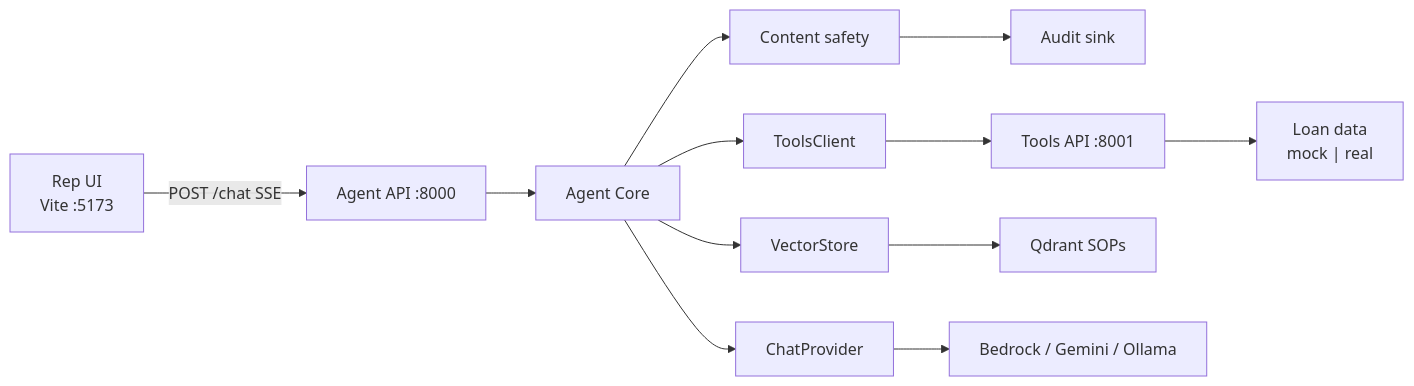
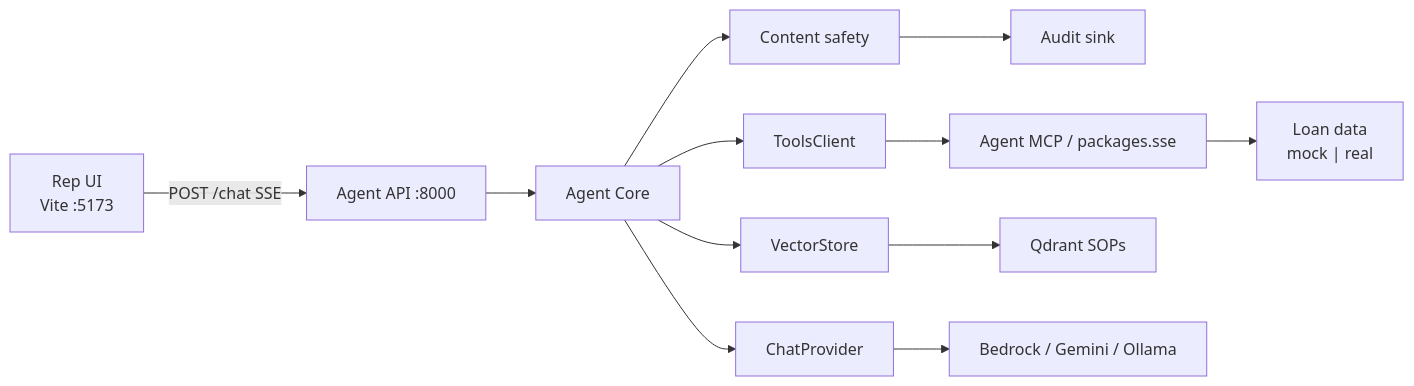
Before and after one commit to mohit-bohra-dev/LoanOps-Agent: the first of 5 diagrams in presentations/demo-pitch/slides.md, drawn with Mermaid. The commit also changed other lines of this file and 28 other files, not shown here.

First line of the commit message:
chore: remove tools_api; document SSE-only answer path

````diff
--- a/presentations/demo-pitch/slides.md
+++ b/presentations/demo-pitch/slides.md
@@ -121,14 +121,14 @@
 ```mermaid
 flowchart LR
     Rep["Rep UI<br/>Vite :5173"] -->|"POST /chat SSE"| Agent["Agent API :8000"]
     Agent --> Core["Agent Core"]
     Core --> Safety["Content safety"]
     Safety --> Audit["Audit sink"]
     Core --> Chat["ChatProvider"]
     Core --> VS["VectorStore"]
     Core --> Tools["ToolsClient"]
-    Tools --> TAP["Tools API :8001"]
+    Tools --> TAP["Agent MCP / packages.sse"]
     TAP --> Loan["Loan data<br/>mock | real"]
     VS --> Q["Qdrant SOPs"]
     Chat --> LLM["Bedrock / Gemini / Ollama"]
 ```
````
